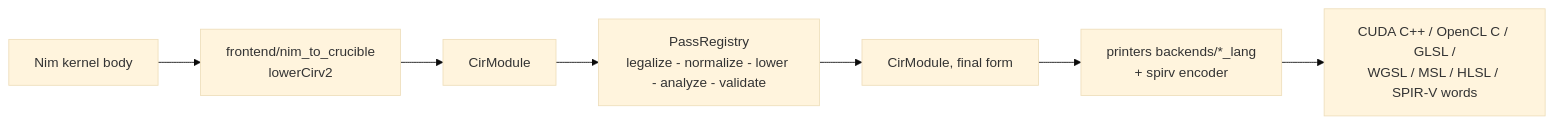
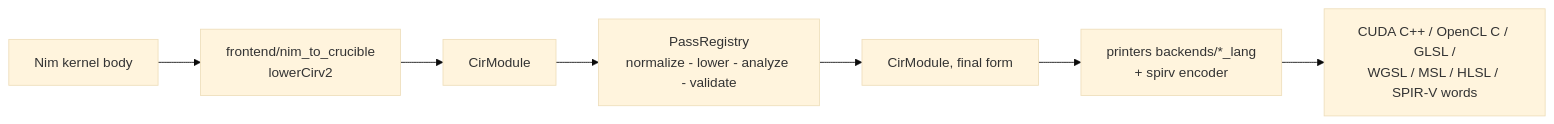
One commit to mratsim/tattletale changed the diagram in workspace/crucible/ARCHITECTURE.md. Above: the diagram before and after it, drawn with Mermaid (base theme). The commit also changed other lines of this file and 2 other files, not shown here.

````diff
--- a/workspace/crucible/ARCHITECTURE.md
+++ b/workspace/crucible/ARCHITECTURE.md
@@ -86,9 +86,9 @@
 ```mermaid
 flowchart LR
     B["Nim kernel body"] --> F["frontend/nim_to_crucible<br/>lowerCirv2"]
     F --> M["CirModule"]
-    M --> P["PassRegistry<br/>legalize - normalize - lower - analyze - validate"]
+    M --> P["PassRegistry<br/>normalize - lower - analyze - validate"]
     P --> M2["CirModule, final form"]
     M2 --> PR["printers backends/*_lang<br/>+ spirv encoder"]
     PR --> S["CUDA C++ / OpenCL C / GLSL /<br/>WGSL / MSL / HLSL / SPIR-V words"]
 ```
````
